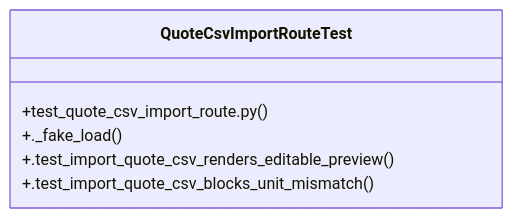
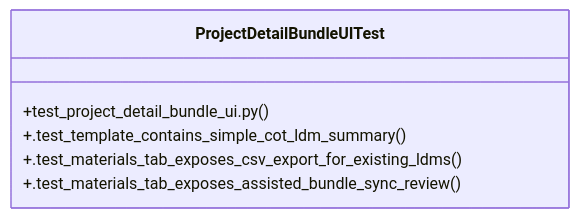
One commit to Daftrick/ProjectTracker changed the diagram in graphify-out/wiki/Community_32.md. Above: the diagram before and after it, drawn with Mermaid. The commit also changed other lines of this file and 373 other files, not shown here.

Commit message:
feat: multiple quote templates and bundle breakdown

````diff
--- a/graphify-out/wiki/Community_32.md
+++ b/graphify-out/wiki/Community_32.md
@@ -16,9 +16,9 @@
 ```mermaid
 classDiagram
-    class QuoteCsvImportRouteTest {
-        +test_quote_csv_import_route.py()
-        +._fake_load()
-        +.test_import_quote_csv_renders_editable_preview()
-        +.test_import_quote_csv_blocks_unit_mismatch()
+    class ProjectDetailBundleUITest {
+        +test_project_detail_bundle_ui.py()
+        +.test_template_contains_simple_cot_ldm_summary()
+        +.test_materials_tab_exposes_csv_export_for_existing_ldms()
+        +.test_materials_tab_exposes_assisted_bundle_sync_review()
     }
 ```
````
